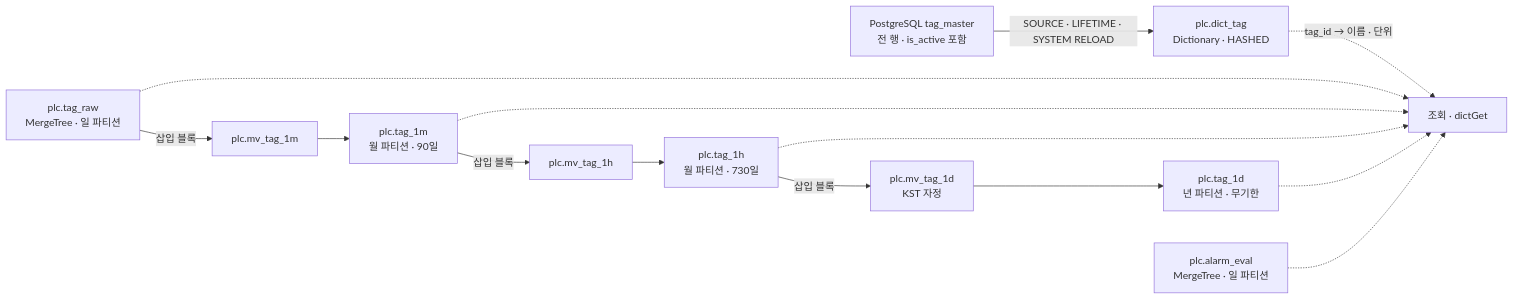
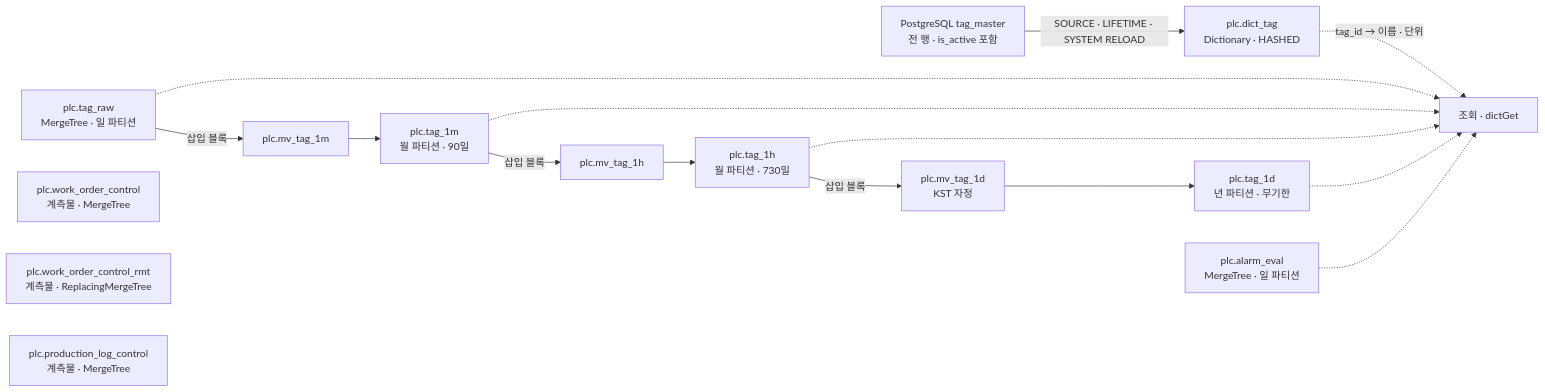
Before and after one commit to jaepil02/db_study: the second of 3 diagrams in docs/05_data_stores/erd.md, drawn with Mermaid. The commit also changed other lines of this file and 46 other files, not shown here.

````diff
--- a/docs/05_data_stores/erd.md
+++ b/docs/05_data_stores/erd.md
@@ -203,25 +204,28 @@
 ```mermaid
 flowchart LR
     PGTM["PostgreSQL tag_master<br/>전 행 · is_active 포함"]
     DICT["plc.dict_tag<br/>Dictionary · HASHED"]
     RAW["plc.tag_raw<br/>MergeTree · 일 파티션"]
     MV1["plc.mv_tag_1m"]
     T1["plc.tag_1m<br/>월 파티션 · 90일"]
     MV2["plc.mv_tag_1h"]
     T2["plc.tag_1h<br/>월 파티션 · 730일"]
     MV3["plc.mv_tag_1d<br/>KST 자정"]
     T3["plc.tag_1d<br/>년 파티션 · 무기한"]
     AE["plc.alarm_eval<br/>MergeTree · 일 파티션"]
     Q["조회 · dictGet"]
+    WOC["plc.work_order_control<br/>계측물 · MergeTree"]
+    WOR["plc.work_order_control_rmt<br/>계측물 · ReplacingMergeTree"]
+    PLC["plc.production_log_control<br/>계측물 · MergeTree"]
 
     PGTM -->|"SOURCE · LIFETIME · SYSTEM RELOAD"| DICT
     RAW -->|"삽입 블록"| MV1 --> T1
     T1 -->|"삽입 블록"| MV2 --> T2
     T2 -->|"삽입 블록"| MV3 --> T3
     DICT -.->|"tag_id → 이름 · 단위"| Q
     RAW -.-> Q
     T1 -.-> Q
     T2 -.-> Q
     T3 -.-> Q
     AE -.-> Q
 ```
````
